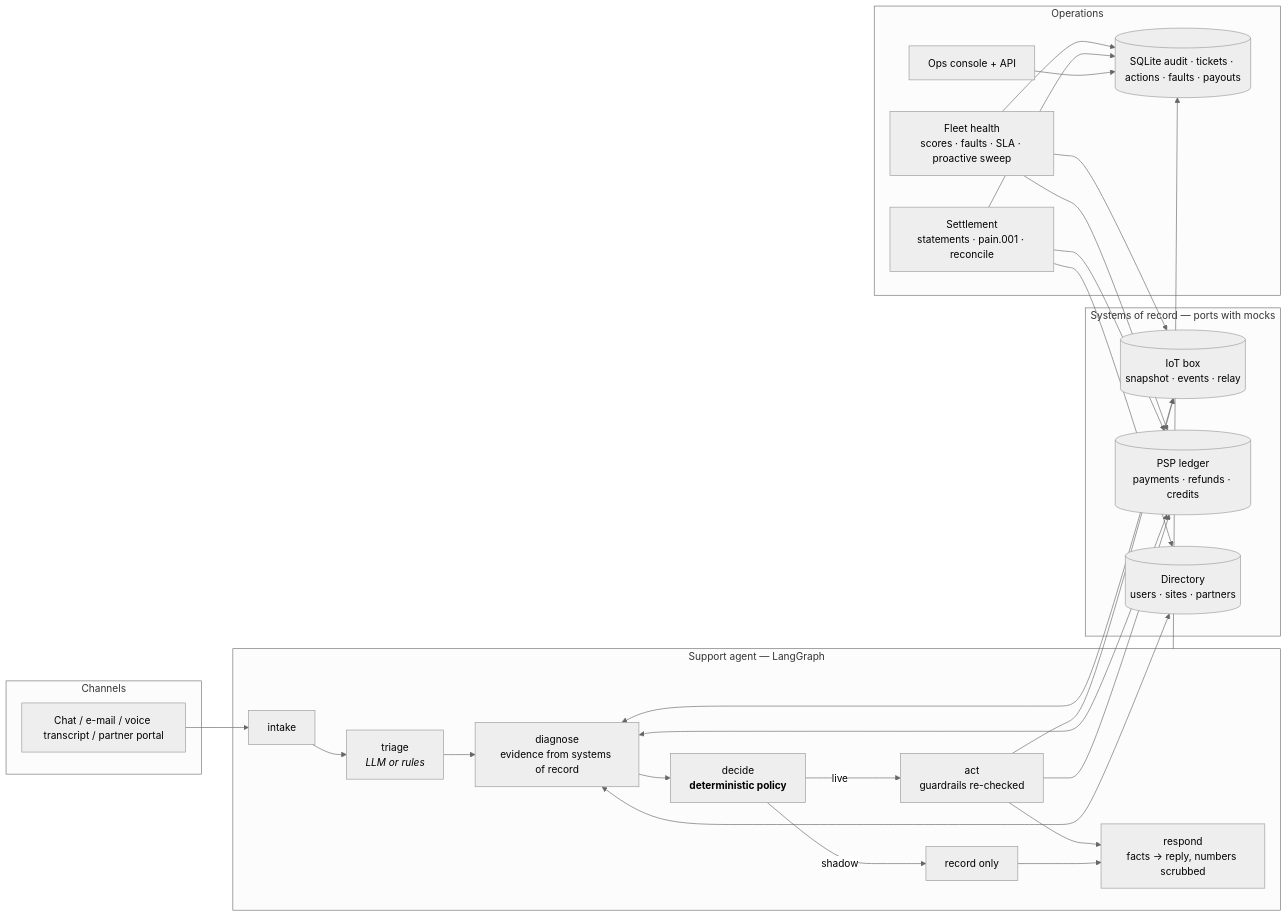
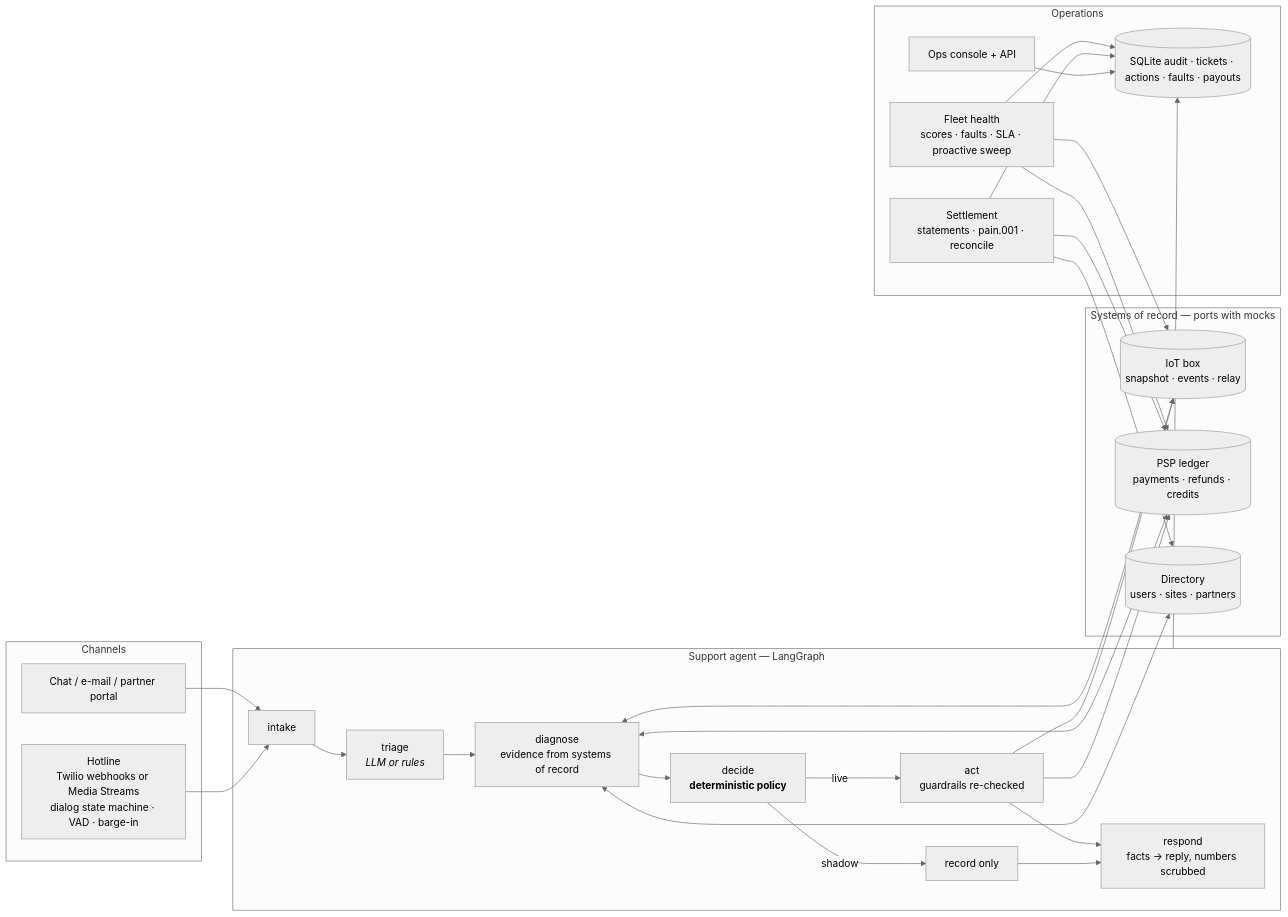
The diagram in README.md (manojrevenkar12-web/laundry-ops-autopilot), drawn with Mermaid (neutral theme) before and after one commit. The commit also changed other lines of this file and 43 other files, not shown here.

First line of the commit message:
Voice hotline: same agent on the phone

````diff
--- a/README.md
+++ b/README.md
@@ -41,33 +43,35 @@
 ```mermaid
 flowchart LR
   subgraph intake[Channels]
-    C[Chat / e-mail / voice transcript / partner portal]
+    C[Chat / e-mail / partner portal]
+    V[Hotline<br/>Twilio webhooks or Media Streams<br/>dialog state machine · VAD · barge-in]
   end
   subgraph agent[Support agent — LangGraph]
     I[intake] --> T[triage<br/><i>LLM or rules</i>]
     T --> D[diagnose<br/>evidence from systems of record]
     D --> P[decide<br/><b>deterministic policy</b>]
     P -->|live| A[act<br/>guardrails re-checked]
     P -->|shadow| S[record only]
     A --> R[respond<br/>facts → reply, numbers scrubbed]
     S --> R
   end
   subgraph sor[Systems of record — ports with mocks]
     IoT[(IoT box<br/>snapshot · events · relay)]
     PSP[(PSP ledger<br/>payments · refunds · credits)]
     DIR[(Directory<br/>users · sites · partners)]
   end
   subgraph ops[Operations]
     F[Fleet health<br/>scores · faults · SLA · proactive sweep]
     SET[Settlement<br/>statements · pain.001 · reconcile]
     DB[(SQLite audit · tickets · actions · faults · payouts)]
     UI[Ops console + API]
   end
   C --> I
+  V --> I
   D <--> IoT & PSP & DIR
   A --> IoT & PSP
   agent --> DB
   F --> IoT & PSP & DB
   SET --> PSP & DIR & DB
   UI --> DB
 ```
````
